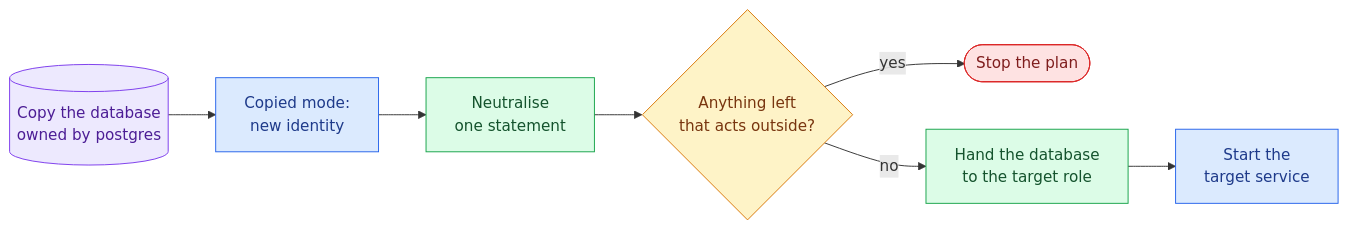
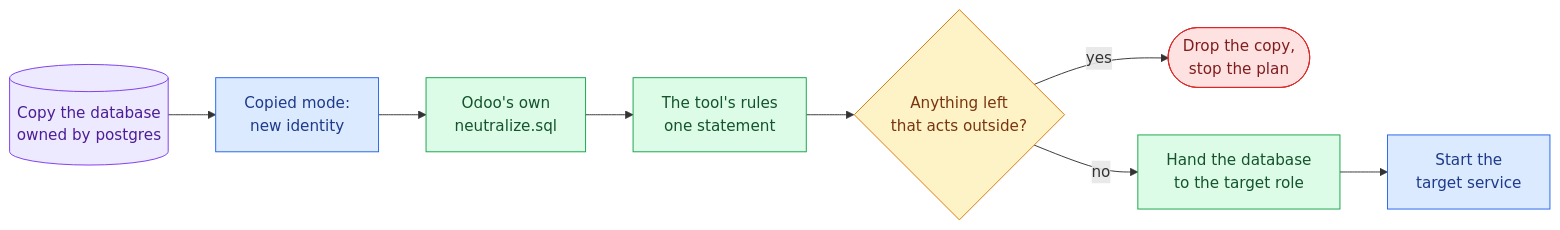
The diagram in docs/operations/instance-management.md (grojof/odoo_instance_manager_app), drawn with Mermaid before and after one commit. The commit also changed other lines of this file and 14 other files, not shown here.

````diff
--- a/docs/operations/instance-management.md
+++ b/docs/operations/instance-management.md
@@ -120,19 +130,20 @@
 ```mermaid
 flowchart LR
     seed[("Copy the database<br/>owned by postgres")] --> identity["Copied mode:<br/>new identity"]
-    identity --> neutralise["Neutralise<br/>one statement"]
+    identity --> odoo["Odoo's own<br/>neutralize.sql"]
+    odoo --> neutralise["The tool's rules<br/>one statement"]
     neutralise --> check{"Anything left<br/>that acts outside?"}
-    check -- yes --> stop(["Stop the plan"])
+    check -- yes --> stop(["Drop the copy,<br/>stop the plan"])
     check -- no --> handover["Hand the database<br/>to the target role"]
     handover --> start["Start the<br/>target service"]
     classDef step fill:#dbeafe,stroke:#2563eb,color:#1e3a8a
     classDef ask fill:#fef3c7,stroke:#d97706,color:#78350f
     classDef guard fill:#dcfce7,stroke:#16a34a,color:#14532d
     classDef stop fill:#fee2e2,stroke:#dc2626,color:#7f1d1d
     classDef data fill:#ede9fe,stroke:#7c3aed,color:#4c1d95
     class identity,start step
     class check ask
-    class neutralise,handover guard
+    class odoo,neutralise,handover guard
     class stop stop
     class seed data
 ```
````
